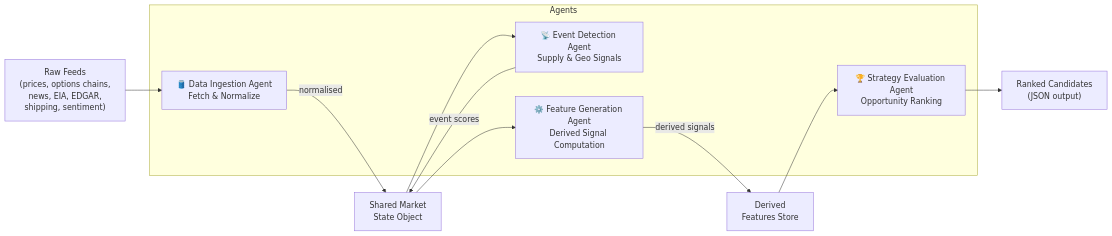
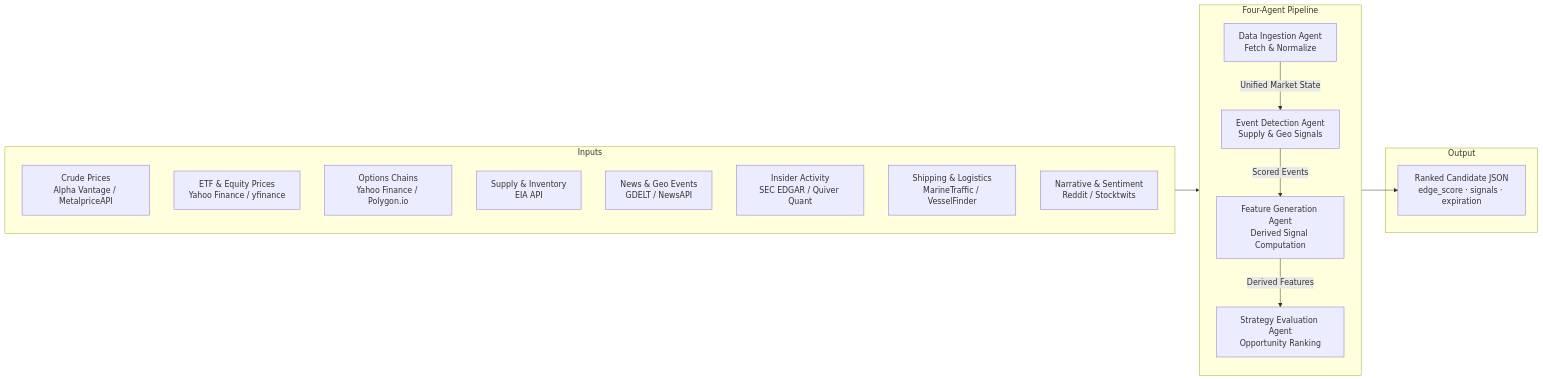
Before and after one commit to jeisenback/golden_boy_peanuts: the first of 2 diagrams in docs/generated/user_guide_full-pipeline.md, drawn with Mermaid. The commit also changed other lines of this file, not shown here.

````diff
--- a/docs/generated/user_guide_full-pipeline.md
+++ b/docs/generated/user_guide_full-pipeline.md
@@ -25,23 +25,31 @@
 ```mermaid
 flowchart LR
-    subgraph Agents
-        A["🛢️ Data Ingestion Agent\nFetch & Normalize"]
-        B["📡 Event Detection Agent\nSupply & Geo Signals"]
-        C["⚙️ Feature Generation Agent\nDerived Signal Computation"]
-        D["🏆 Strategy Evaluation Agent\nOpportunity Ranking"]
+    subgraph Inputs
+        A1[Crude Prices\nAlpha Vantage / MetalpriceAPI]
+        A2[ETF & Equity Prices\nYahoo Finance / yfinance]
+        A3[Options Chains\nYahoo Finance / Polygon.io]
+        A4[Supply & Inventory\nEIA API]
+        A5[News & Geo Events\nGDELT / NewsAPI]
+        A6[Insider Activity\nSEC EDGAR / Quiver Quant]
+        A7[Shipping & Logistics\nMarineTraffic / VesselFinder]
+        A8[Narrative & Sentiment\nReddit / Stocktwits]
     end
 
-    RAW["Raw Feeds\n(prices, options chains,\nnews, EIA, EDGAR,\nshipping, sentiment)"]
-    MS["Shared Market\nState Object"]
-    FS["Derived\nFeatures Store"]
-    OUT["Ranked Candidates\n(JSON output)"]
+    subgraph Pipeline["Four-Agent Pipeline"]
+        direction TB
+        B[Data Ingestion Agent\nFetch & Normalize]
+        C[Event Detection Agent\nSupply & Geo Signals]
+        D[Feature Generation Agent\nDerived Signal Computation]
+        E[Strategy Evaluation Agent\nOpportunity Ranking]
+    end
 
-    RAW --> A
-    A -->|normalised| MS
-    MS --> B
-    B -->|event scores| MS
-    MS --> C
-    C -->|derived signals| FS
-    FS --> D
-    D --> OUT
+    subgraph Output
+        F[Ranked Candidate JSON\nedge_score · signals · expiration]
+    end
+
+    Inputs --> B
+    B -->|Unified Market State| C
+    C -->|Scored Events| D
+    D -->|Derived Features| E
+    E --> F
 ```
````
